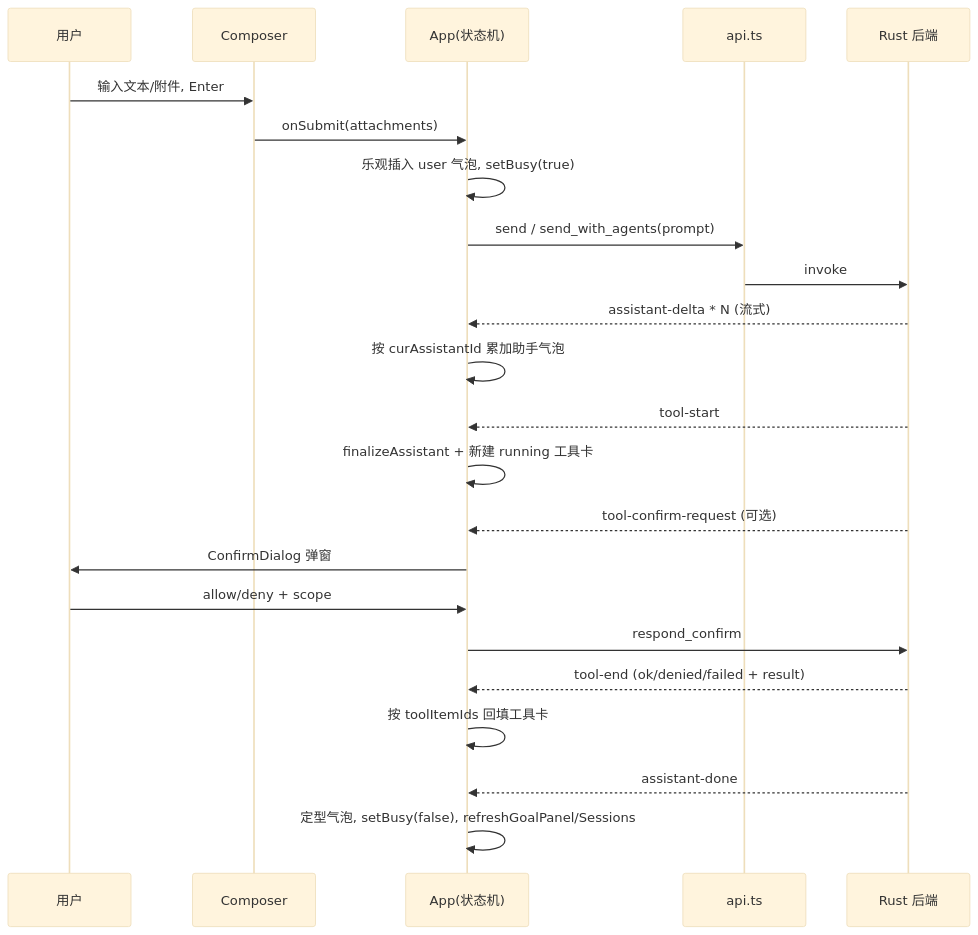
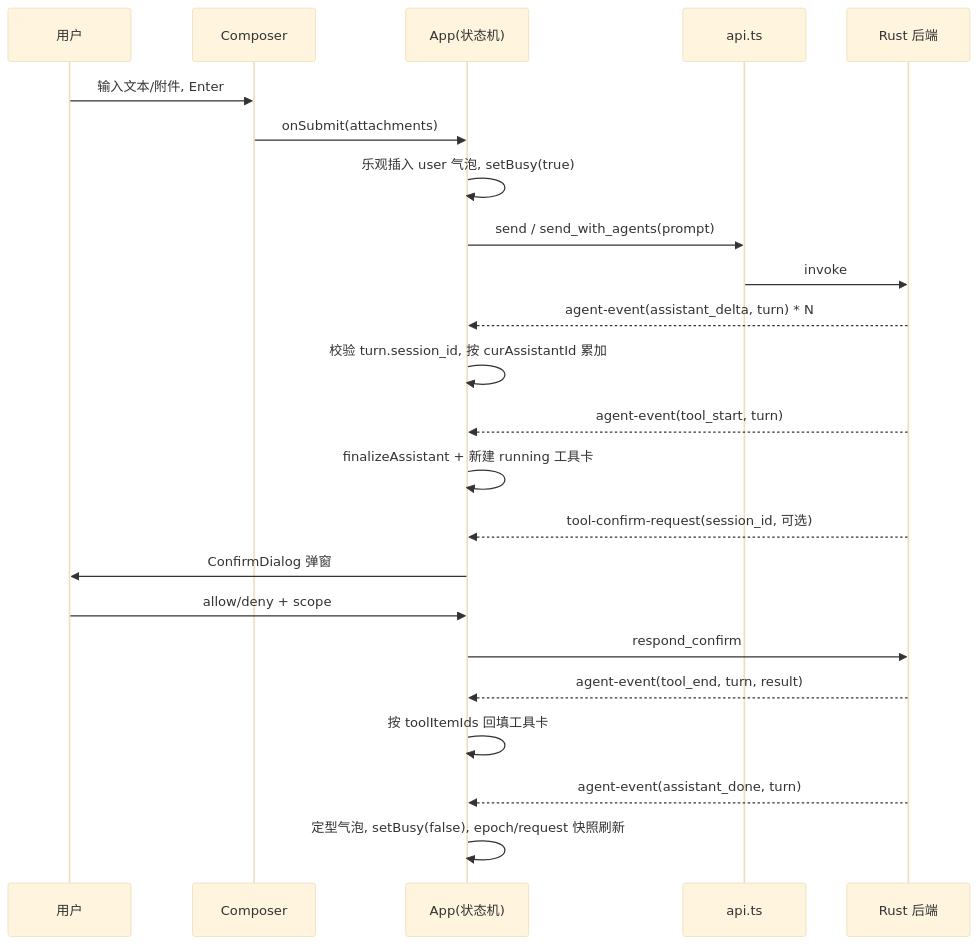
Before and after one commit to Dancncn/Demiurge: the diagram in docs/modules/17-frontend-architecture.md, drawn with Mermaid (base theme). The commit also changed other lines of this file and 22 other files, not shown here.

````diff
--- a/docs/modules/17-frontend-architecture.md
+++ b/docs/modules/17-frontend-architecture.md
@@ -291,25 +299,25 @@
 ```mermaid
 sequenceDiagram
   participant U as 用户
   participant C as Composer
   participant A as App(状态机)
   participant API as api.ts
   participant BE as Rust 后端
   U->>C: 输入文本/附件, Enter
   C->>A: onSubmit(attachments)
   A->>A: 乐观插入 user 气泡, setBusy(true)
   A->>API: send / send_with_agents(prompt)
   API->>BE: invoke
-  BE-->>A: assistant-delta * N (流式)
-  A->>A: 按 curAssistantId 累加助手气泡
-  BE-->>A: tool-start
+  BE-->>A: agent-event(assistant_delta, turn) * N
+  A->>A: 校验 turn.session_id, 按 curAssistantId 累加
+  BE-->>A: agent-event(tool_start, turn)
   A->>A: finalizeAssistant + 新建 running 工具卡
-  BE-->>A: tool-confirm-request (可选)
+  BE-->>A: tool-confirm-request(session_id, 可选)
   A->>U: ConfirmDialog 弹窗
   U->>A: allow/deny + scope
   A->>BE: respond_confirm
-  BE-->>A: tool-end (ok/denied/failed + result)
+  BE-->>A: agent-event(tool_end, turn, result)
   A->>A: 按 toolItemIds 回填工具卡
-  BE-->>A: assistant-done
-  A->>A: 定型气泡, setBusy(false), refreshGoalPanel/Sessions
+  BE-->>A: agent-event(assistant_done, turn)
+  A->>A: 定型气泡, setBusy(false), epoch/request 快照刷新
 ```
````
